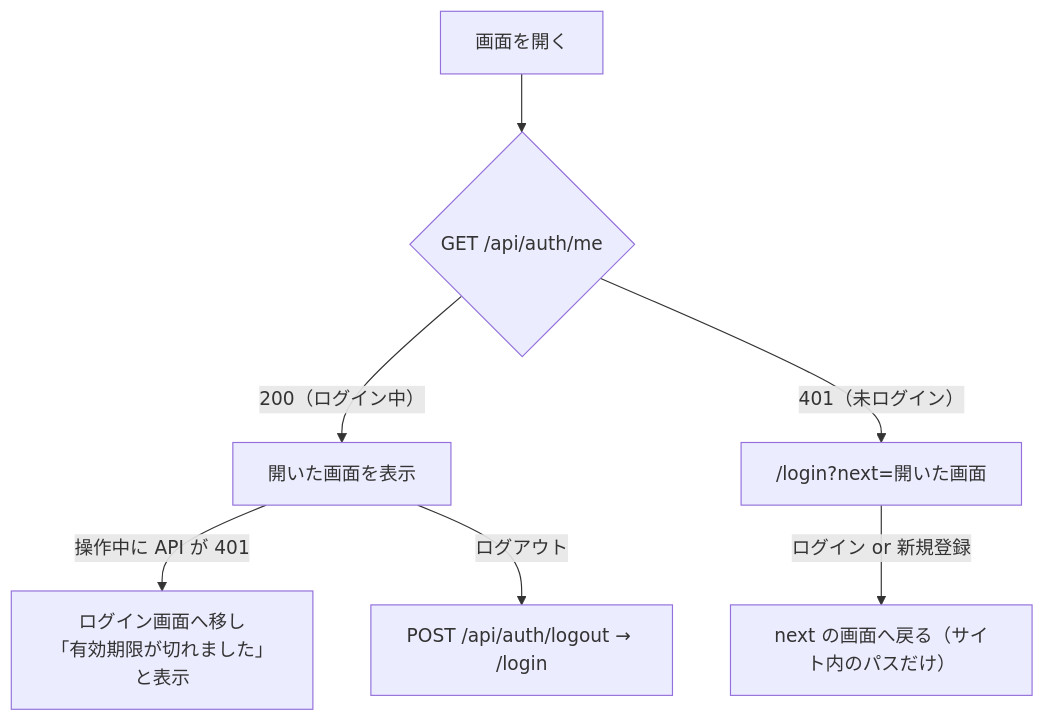
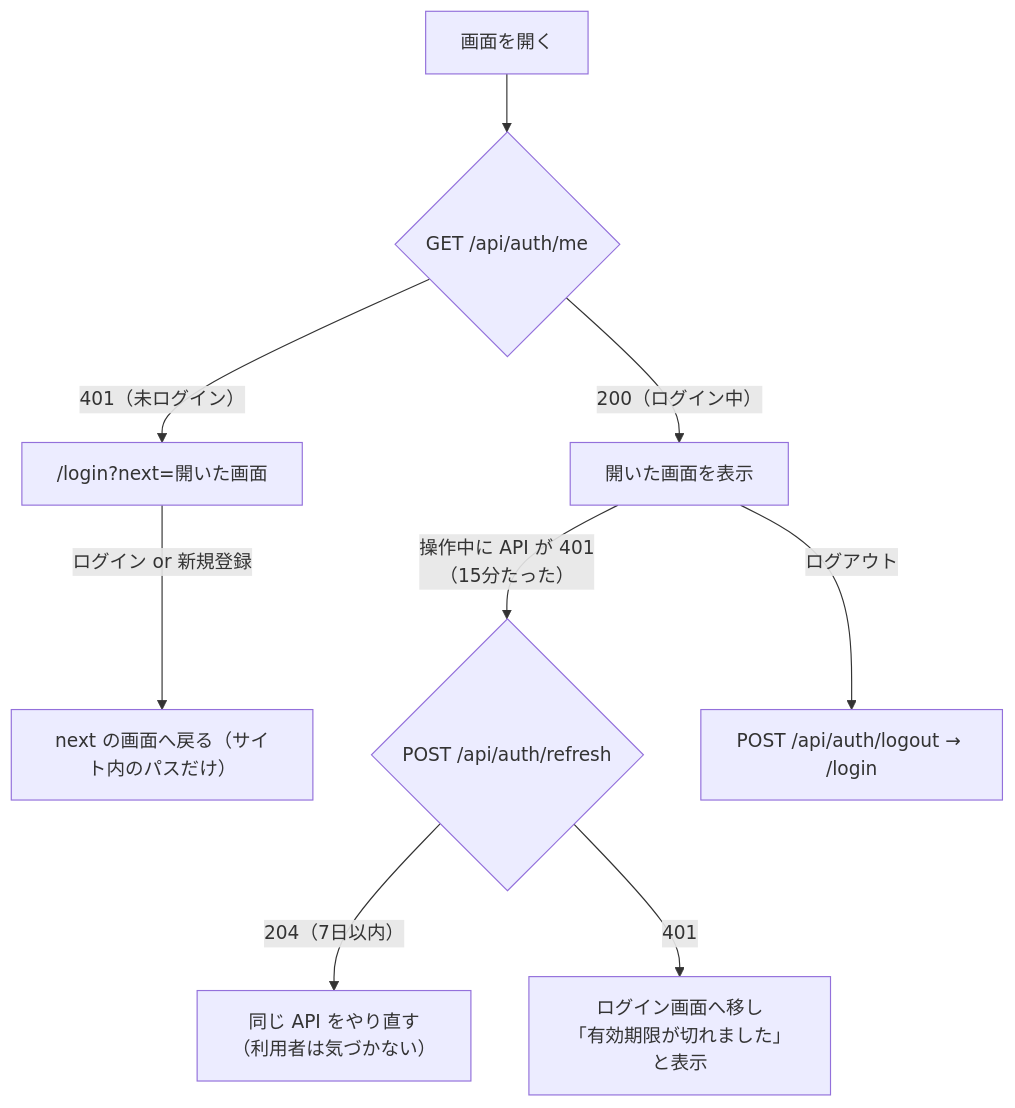
Before and after one commit to NakamuraKazki051/sns-app: the diagram in docs/auth.md, drawn with Mermaid. The commit also changed other lines of this file and 19 other files, not shown here.

````diff
--- a/docs/auth.md
+++ b/docs/auth.md
@@ -45,9 +56,11 @@
 ```mermaid
 flowchart TB
     A["画面を開く"] --> B{"GET /api/auth/me"}
     B -- "200（ログイン中）" --> C["開いた画面を表示"]
     B -- "401（未ログイン）" --> D["/login?next=開いた画面"]
     D -- "ログイン or 新規登録" --> E["next の画面へ戻る（サイト内のパスだけ）"]
-    C -- "操作中に API が 401" --> F["ログイン画面へ移し<br/>「有効期限が切れました」と表示"]
+    C -- "操作中に API が 401<br/>（15分たった）" --> R{"POST /api/auth/refresh"}
+    R -- "204（7日以内）" --> H["同じ API をやり直す<br/>（利用者は気づかない）"]
+    R -- "401" --> F["ログイン画面へ移し<br/>「有効期限が切れました」と表示"]
     C -- "ログアウト" --> G["POST /api/auth/logout → /login"]
 ```
````
